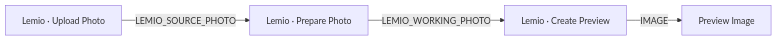
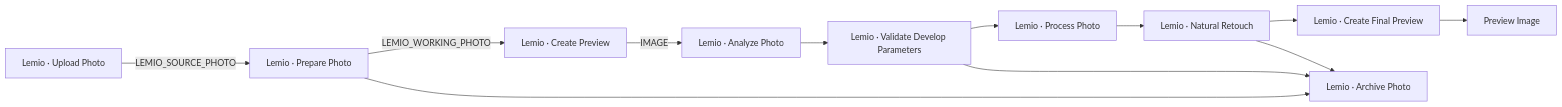
The diagram in README.md (yanxiangrong/ComfyUI-Photo-Pipeline), drawn with Mermaid before and after one commit. The commit also changed other lines of this file and 8 other files, not shown here.

````diff
--- a/README.md
+++ b/README.md
@@ -9,6 +7,14 @@
 ```mermaid
 flowchart LR
   A[Lemio · Upload Photo] -->|LEMIO_SOURCE_PHOTO| B[Lemio · Prepare Photo]
   B -->|LEMIO_WORKING_PHOTO| C[Lemio · Create Preview]
-  C -->|IMAGE| D[Preview Image]
+  C -->|IMAGE| D[Lemio · Analyze Photo]
+  D --> E[Lemio · Validate Develop Parameters]
+  E --> F[Lemio · Process Photo]
+  F --> G[Lemio · Natural Retouch]
+  G --> H[Lemio · Create Final Preview]
+  H --> I[Preview Image]
+  B --> J[Lemio · Archive Photo]
+  E --> J
+  G --> J
 ```
````
